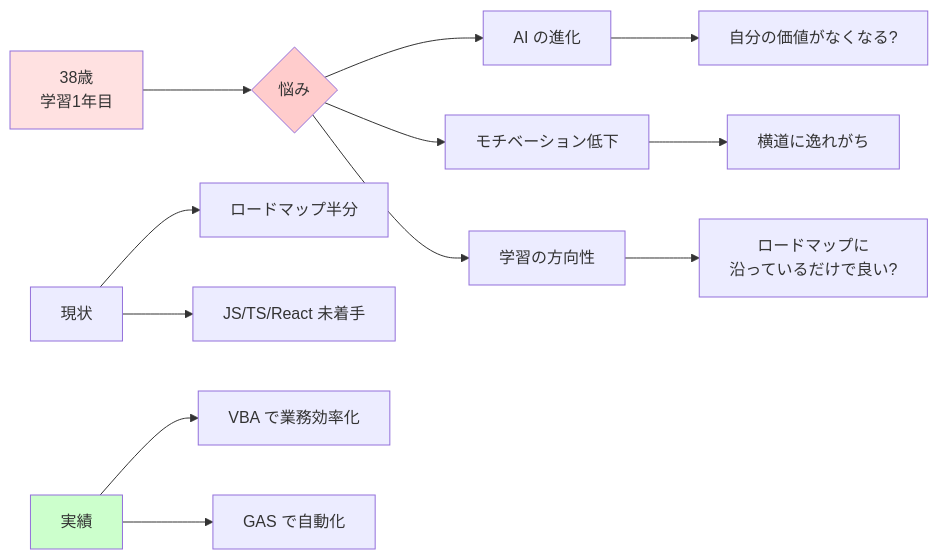
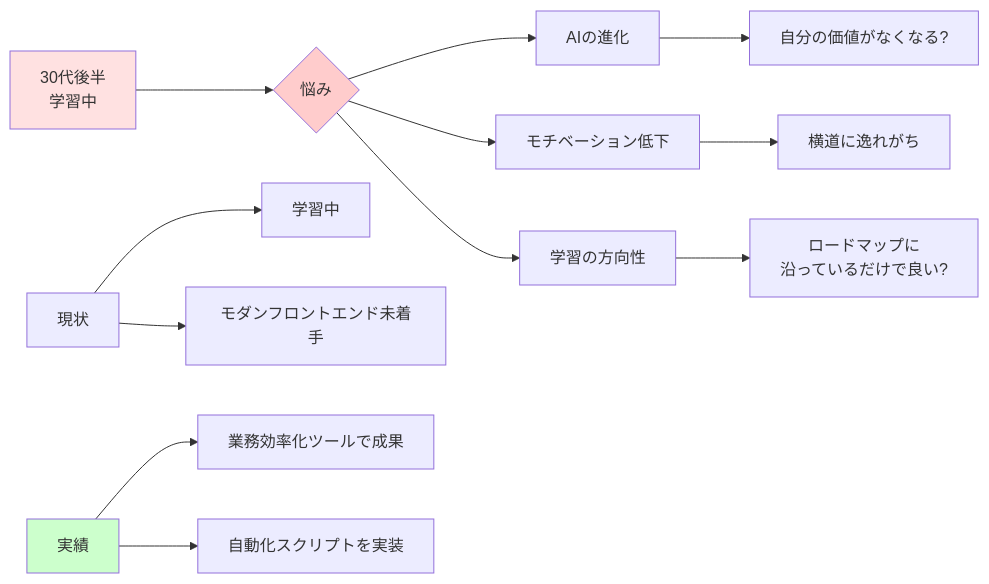
The second of 8 diagrams in articles/2025-1219-engineer-meet-up.md (glaciermelt00/zenn-content), drawn with Mermaid before and after one commit. The commit also changed other lines of this file, not shown here.

````diff
--- a/articles/2025-1219-engineer-meet-up.md
+++ b/articles/2025-1219-engineer-meet-up.md
@@ -73,21 +73,21 @@
 ```mermaid
 graph LR
-    A[38歳<br/>学習1年目] --> B{悩み}
-    B --> C[AI の進化]
+    A[30代後半<br/>学習中] --> B{悩み}
+    B --> C[AIの進化]
     B --> D[モチベーション低下]
     B --> E[学習の方向性]
 
     C --> C1[自分の価値がなくなる?]
     D --> D1[横道に逸れがち]
     E --> E1[ロードマップに<br/>沿っているだけで良い?]
 
-    F[現状] --> F1[ロードマップ半分]
-    F --> F2[JS/TS/React 未着手]
+    F[現状] --> F1[学習中]
+    F --> F2[モダンフロントエンド未着手]
 
-    G[実績] --> G1[VBA で業務効率化]
-    G --> G2[GAS で自動化]
+    G[実績] --> G1[業務効率化ツールで成果]
+    G --> G2[自動化スクリプトを実装]
 
     style A fill:#ffe1e1
     style B fill:#ffcccc
     style G fill:#ccffcc
 ```
````
